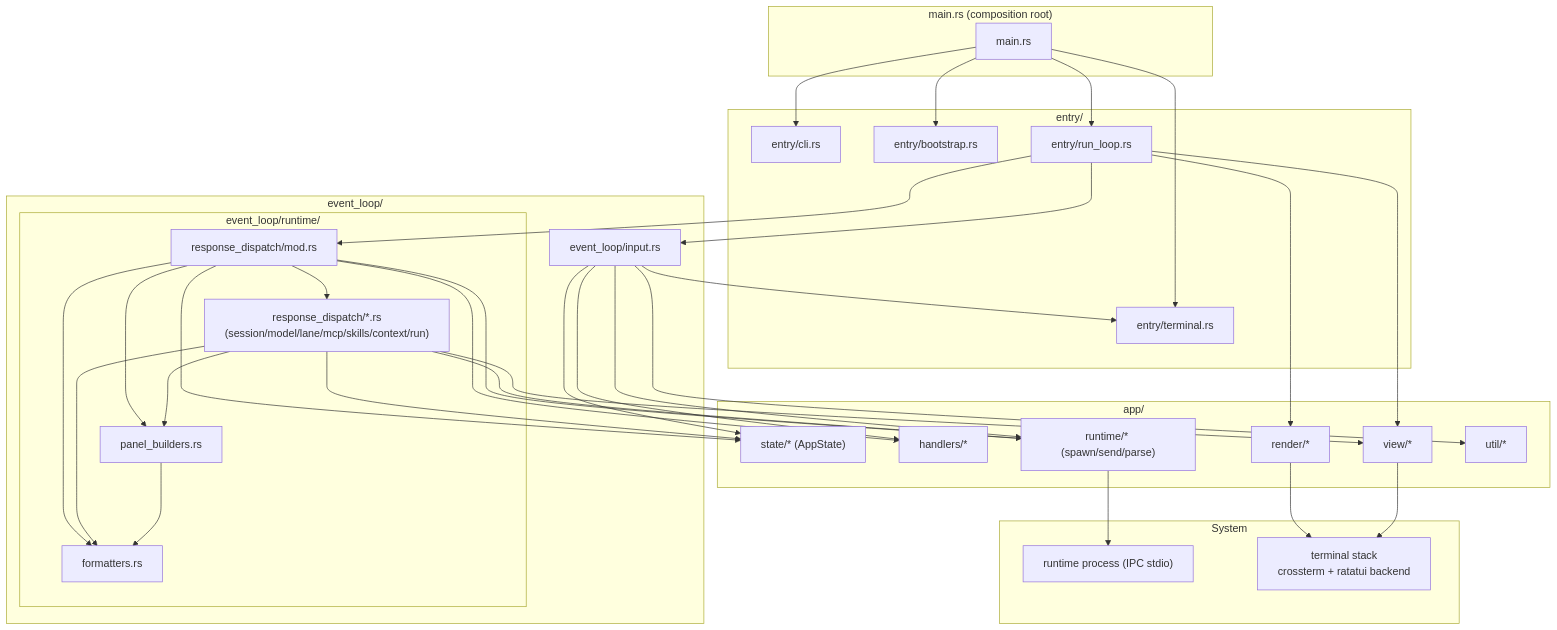
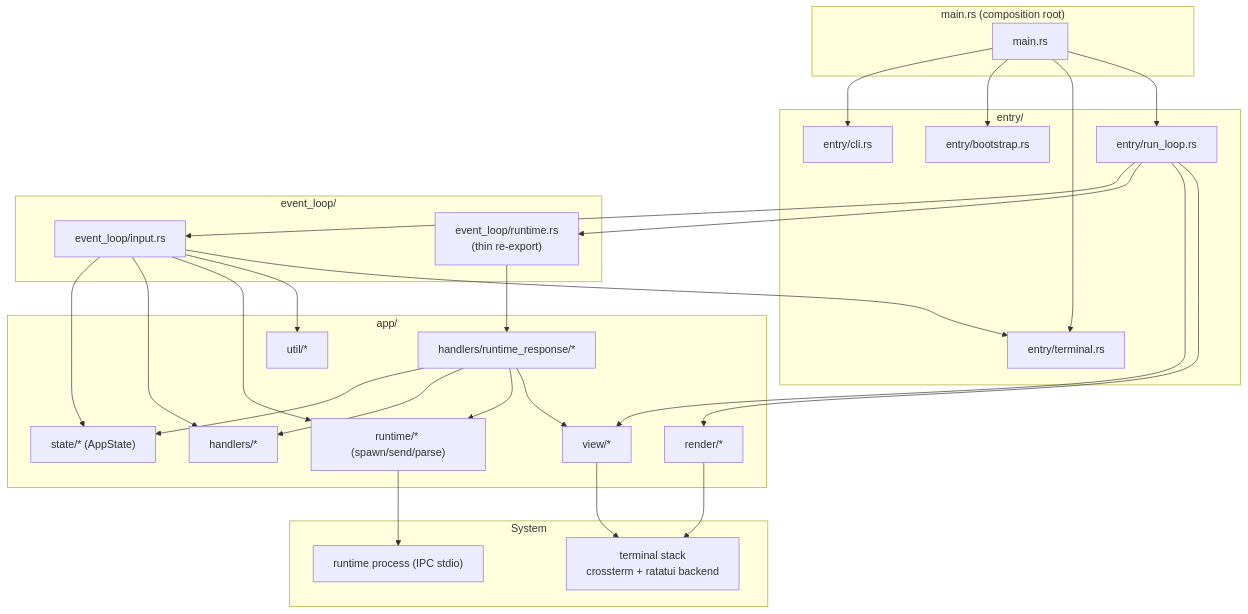
Before and after one commit to kousw/codelia: the first of 3 diagrams in docs/specs/tui-architecture.md, drawn with Mermaid. The commit also changed other lines of this file and 44 other files, not shown here.

Commit message:
refactor(tui): enforce layered boundaries and move runtime response handlers

````diff
--- a/docs/specs/tui-architecture.md
+++ b/docs/specs/tui-architecture.md
@@ -41,70 +43,58 @@
 ```mermaid
 flowchart TD
   subgraph main_layer["main.rs (composition root)"]
     main["main.rs"]
   end
 
   subgraph entry_layer["entry/"]
     cli["entry/cli.rs"]
     bootstrap["entry/bootstrap.rs"]
     run_loop["entry/run_loop.rs"]
     terminal["entry/terminal.rs"]
   end
 
   subgraph loop_layer["event_loop/"]
     input["event_loop/input.rs"]
-    subgraph runtime_sub["event_loop/runtime/"]
-      dispatch["response_dispatch/mod.rs"]
-      domain_handlers["response_dispatch/*.rs\n(session/model/lane/mcp/skills/context/run)"]
-      panels["panel_builders.rs"]
-      formatters["formatters.rs"]
-    end
+    runtime_boundary["event_loop/runtime.rs\n(thin re-export)"]
   end
 
   subgraph app_layer["app/"]
     state["state/* (AppState)"]
     handlers["handlers/*"]
+    runtime_handlers["handlers/runtime_response/*"]
     runtime_adapter["runtime/* (spawn/send/parse)"]
     view["view/*"]
     render["render/*"]
     util["util/*"]
   end
 
   subgraph system_layer["System"]
     runtime_proc["runtime process (IPC stdio)"]
     term_stack["terminal stack\ncrossterm + ratatui backend"]
   end
 
   main --> cli
   main --> bootstrap
   main --> terminal
   main --> run_loop
 
   run_loop --> input
-  run_loop --> dispatch
+  run_loop --> runtime_boundary
   run_loop --> view
   run_loop --> render
   input --> state
   input --> handlers
   input --> runtime_adapter
   input --> util
   input --> terminal
 
-  dispatch --> state
-  dispatch --> handlers
-  dispatch --> runtime_adapter
-  dispatch --> domain_handlers
-  dispatch --> panels
-  dispatch --> formatters
-  domain_handlers --> state
-  domain_handlers --> runtime_adapter
-  domain_handlers --> panels
-  domain_handlers --> formatters
-  domain_handlers --> view
-
-  panels --> formatters
+  runtime_boundary --> runtime_handlers
+  runtime_handlers --> state
+  runtime_handlers --> handlers
+  runtime_handlers --> runtime_adapter
+  runtime_handlers --> view
 
   runtime_adapter --> runtime_proc
   render --> term_stack
   view --> term_stack
 ```
````
